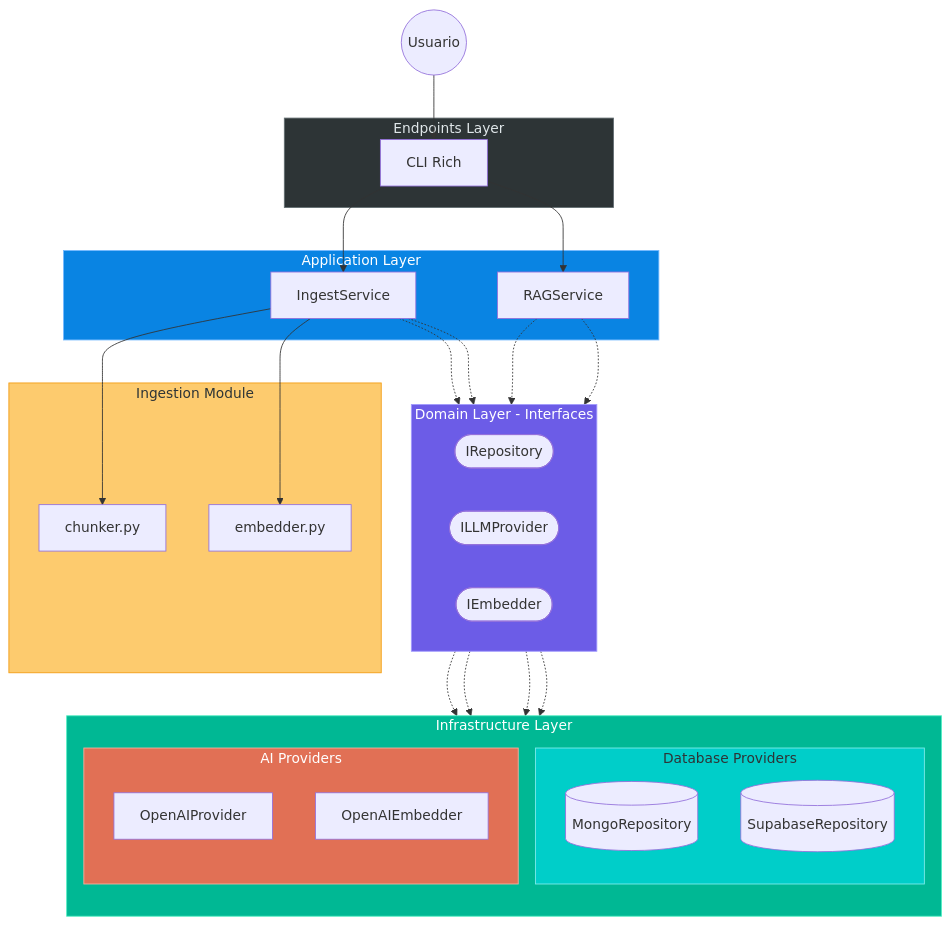
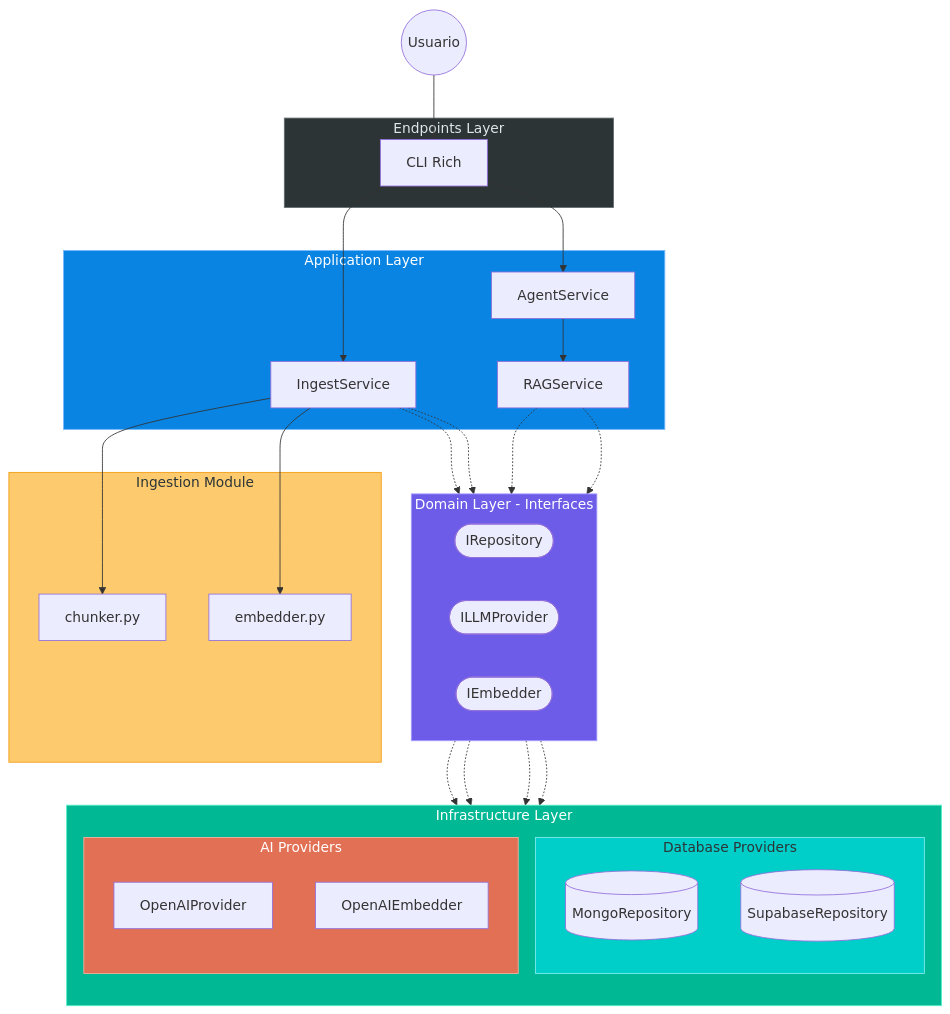
Before and after one commit to FullFran/Hybrid-RAG-example: the diagram in README.md, drawn with Mermaid. The commit also changed other lines of this file and 9 other files, not shown here.

First line of the commit message:
feat: add ReAct AgentService with dual-strategy decision

````diff
--- a/README.md
+++ b/README.md
@@ -27,63 +27,65 @@
 ```mermaid
 flowchart TB
     User((Usuario))
 
     subgraph Endpoints["Endpoints Layer"]
         CLI[CLI Rich]
     end
 
     subgraph Services["Application Layer"]
+        Agent[AgentService]
         RAG[RAGService]
         Ingest[IngestService]
     end
 
     subgraph Core["Domain Layer - Interfaces"]
         direction LR
         IRepo([IRepository])
         ILLM([ILLMProvider])
         IEmb([IEmbedder])
     end
 
     subgraph Infra["Infrastructure Layer"]
         direction TB
         subgraph DBs["Database Providers"]
             Mongo[(MongoRepository)]
             Supa[(SupabaseRepository)]
         end
         subgraph AI["AI Providers"]
             OAILLM[OpenAIProvider]
             OAIEmb[OpenAIEmbedder]
         end
     end
 
     subgraph Ingestion["Ingestion Module"]
         Chunker[chunker.py]
         Embedder[embedder.py]
     end
 
     User --> CLI
-    CLI --> RAG
+    CLI --> Agent
+    Agent --> RAG
     CLI --> Ingest
 
     RAG -.-> IRepo
     RAG -.-> ILLM
     Ingest -.-> IRepo
     Ingest -.-> IEmb
 
     IRepo -.-> Mongo
     IRepo -.-> Supa
     ILLM -.-> OAILLM
     IEmb -.-> OAIEmb
 
     Ingest --> Chunker
     Ingest --> Embedder
 
     %% Layer styling
     style Endpoints fill:#2d3436,stroke:#636e72,color:#dfe6e9
     style Services fill:#0984e3,stroke:#74b9ff,color:#fff
     style Core fill:#6c5ce7,stroke:#a29bfe,color:#fff
     style Infra fill:#00b894,stroke:#55efc4,color:#fff
     style Ingestion fill:#fdcb6e,stroke:#f39c12,color:#2d3436
     style DBs fill:#00cec9,stroke:#81ecec,color:#2d3436
     style AI fill:#e17055,stroke:#fab1a0,color:#fff
 ```
````
